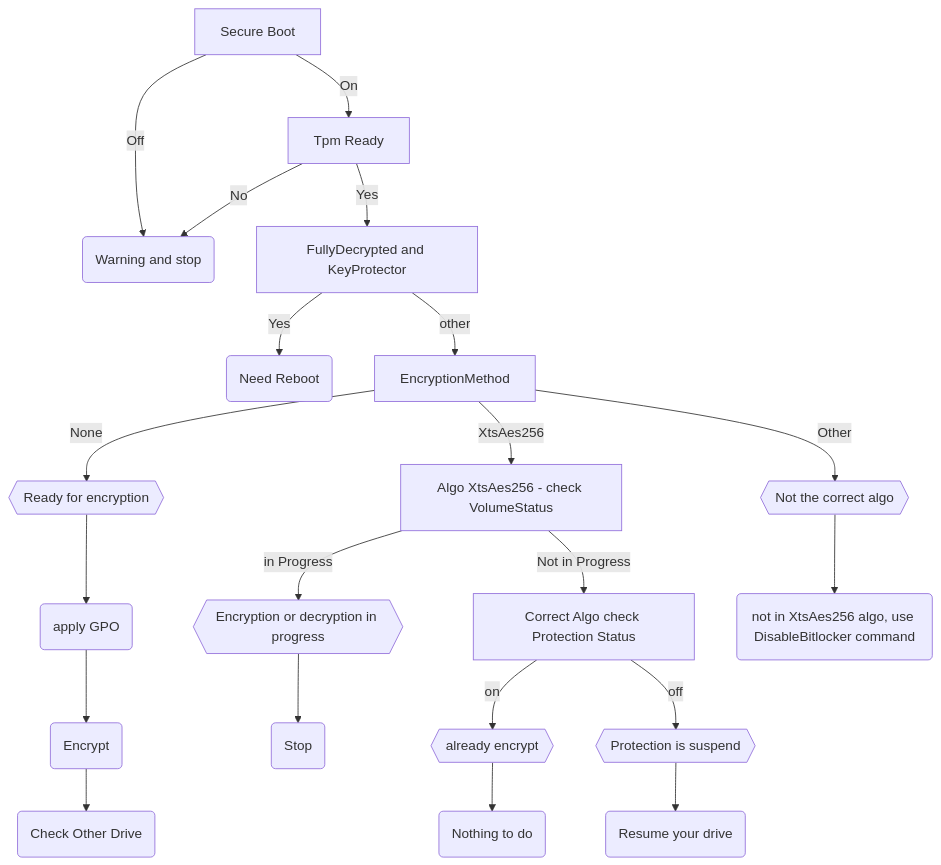
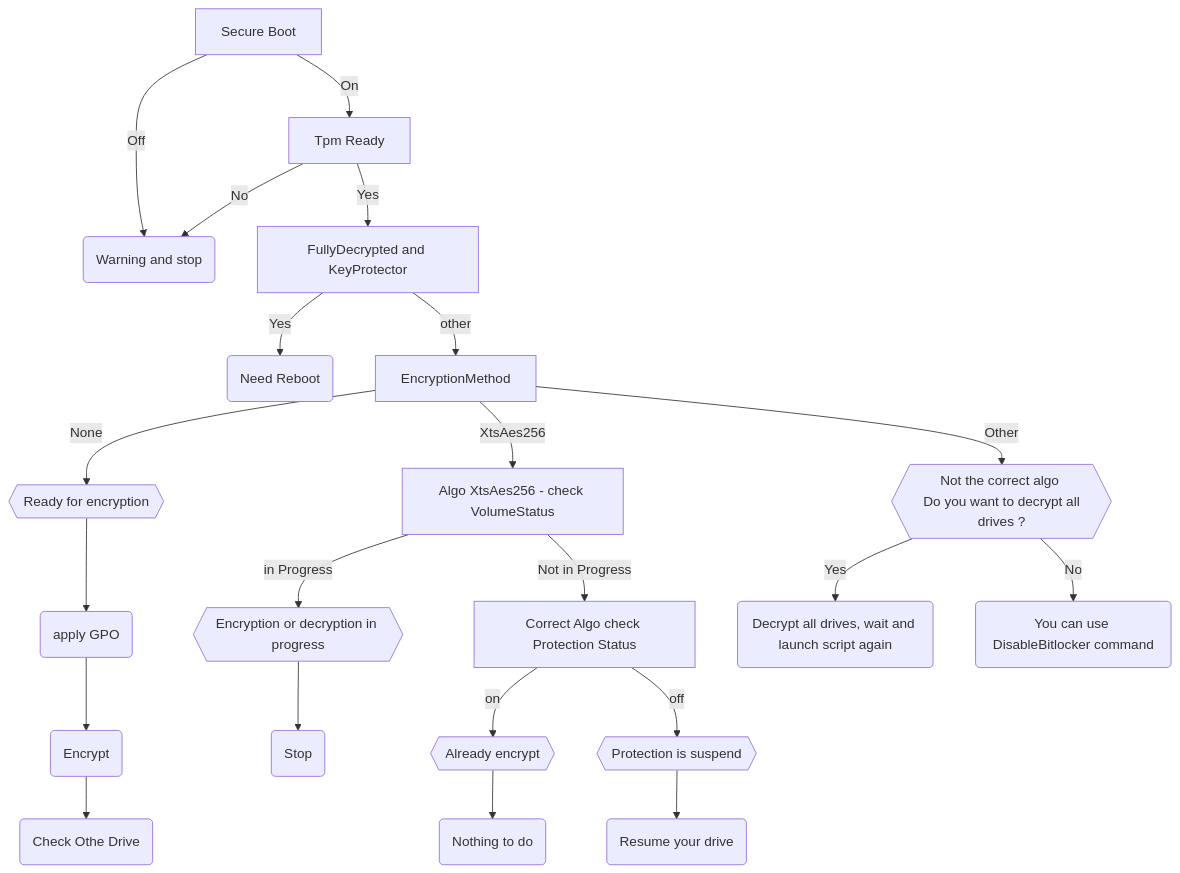
The diagram in dists/crypt-with-bitlocker/ALGORITHM.md (jl-oclinux/SecWinBatchMode), drawn with Mermaid before and after one commit.

Commit message:
flowchart bitlocker algo

````diff
--- a/dists/crypt-with-bitlocker/ALGORITHM.md
+++ b/dists/crypt-with-bitlocker/ALGORITHM.md
@@ -3,18 +3,19 @@
 ```mermaid
 graph TD
    Node1[Secure Boot] -->|On| Node2
    Node1[Secure Boot] -->|Off| Node3(Warning and stop)
    Node2[Tpm Ready] --> |Yes|Node4
    Node2[Tpm Ready] --> |No|Node3
    Node4[FullyDecrypted and KeyProtector] --> |Yes|Reboot(Need Reboot)
    Node4[FullyDecrypted and KeyProtector] --> |other|Node5
    Node5[EncryptionMethod] --> |None| NodeNone
    Node5[EncryptionMethod] --> |XtsAes256| Node256
    Node5[EncryptionMethod] --> |Other| NodeOther
-   NodeNone{{Ready for encryption}} --> gpo(apply GPO) --> encrypt(Encrypt) --> OtherDrive(Check Other Drive)
+   NodeNone{{Ready for encryption}} --> gpo(apply GPO) --> encrypt(Encrypt) --> OtherDrive(Check Othe Drive)
    Node256[Algo XtsAes256 - check VolumeStatus] --> |in Progress| InProgress{{Encryption or decryption in progress}} --> Stop(Stop)
    Node256[Algo XtsAes256 - check VolumeStatus] --> |Not in Progress| NotProgress
-   NotProgress[Correct Algo check Protection Status] --> |on| already{{already encrypt}} --> nothing(Nothing to do)
+   NotProgress[Correct Algo check Protection Status] --> |on| already{{Already encrypt}} --> nothing(Nothing to do)
    NotProgress[Correct Algo check Protection Status] --> |off| suspend{{Protection is suspend}} --> resume(Resume your drive)
-   NodeOther{{Not the correct algo}} --> Not256(not in XtsAes256 algo, use DisableBitlocker command)
+   NodeOther{{Not the correct algo <br> Do you want to decrypt all drives ?}} --> |Yes| Not256(Decrypt all drives, wait and launch script again)
+   NodeOther --> |No| Not256Decrypt(You can use DisableBitlocker command)
   ```
````
